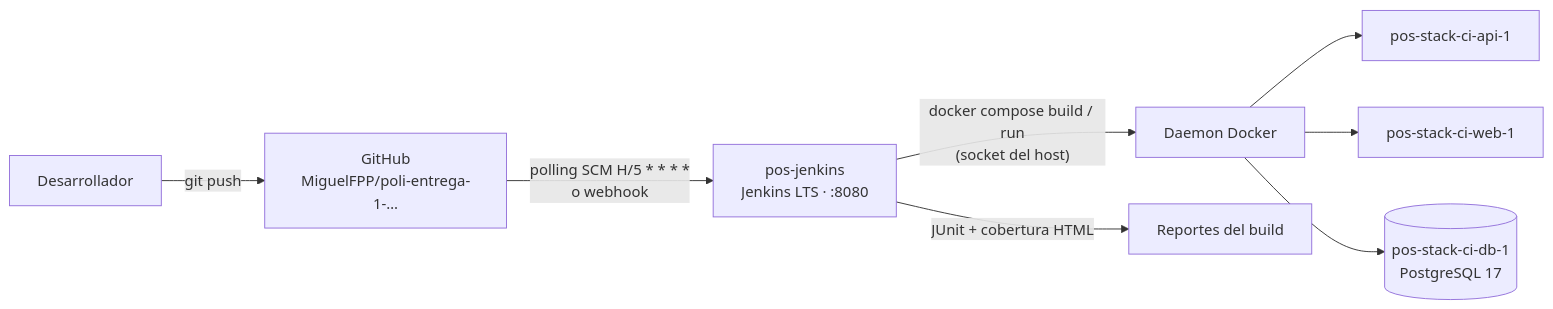
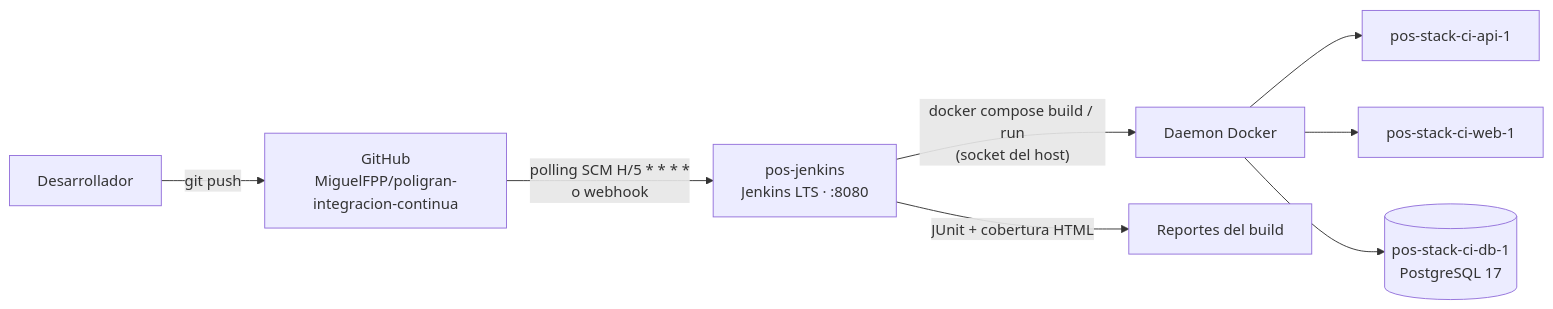
One commit to MiguelFPP/poligran-integracion-continua changed the diagram in docs/CI-JENKINS.md. Above: the diagram before and after it, drawn with Mermaid. The commit also changed other lines of this file, not shown here.

````diff
--- a/docs/CI-JENKINS.md
+++ b/docs/CI-JENKINS.md
@@ -26,10 +26,10 @@
 ```mermaid
 flowchart LR
-  dev["Desarrollador"] -->|git push| gh["GitHub<br/>MiguelFPP/poli-entrega-1-…"]
+  dev["Desarrollador"] -->|git push| gh["GitHub<br/>MiguelFPP/poligran-integracion-continua"]
   gh -->|"polling SCM H/5 * * * *<br/>o webhook"| jk["pos-jenkins<br/>Jenkins LTS · :8080"]
   jk -->|"docker compose build / run<br/>(socket del host)"| dock["Daemon Docker"]
   dock --> api["pos-stack-ci-api-1"]
   dock --> web["pos-stack-ci-web-1"]
   dock --> db[("pos-stack-ci-db-1<br/>PostgreSQL 17")]
   jk -->|"JUnit + cobertura HTML"| reports["Reportes del build"]
 ```
````
